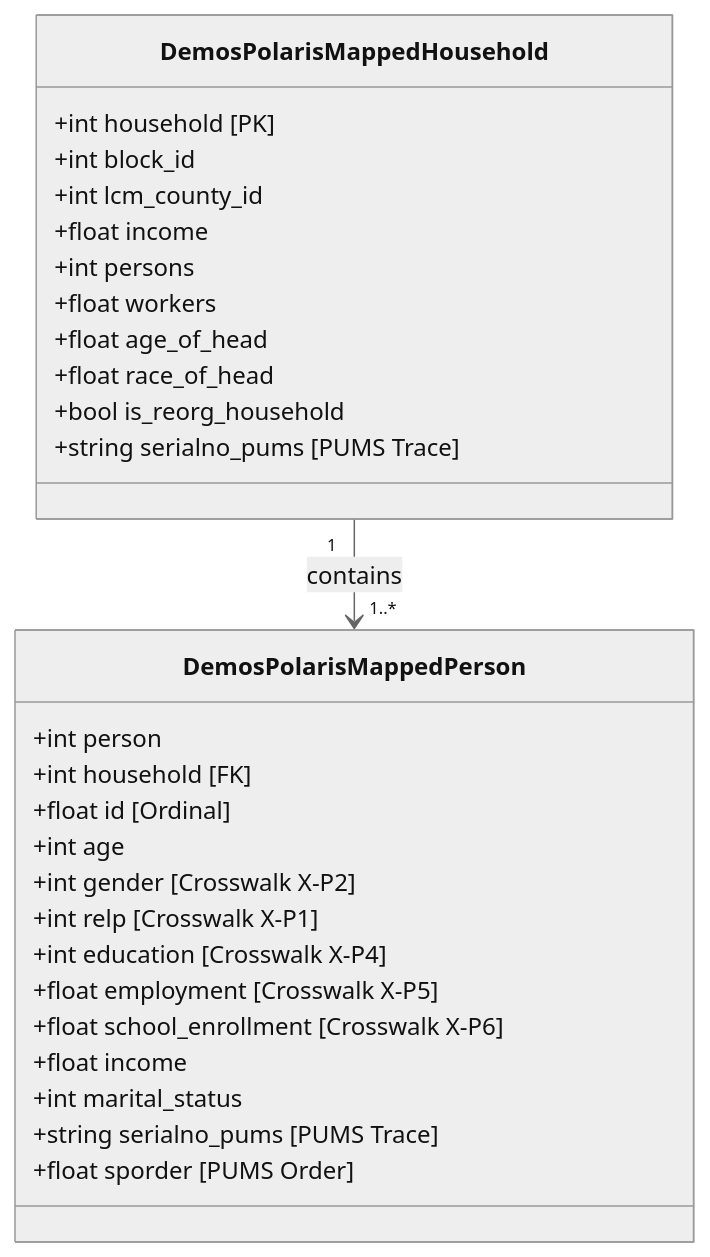
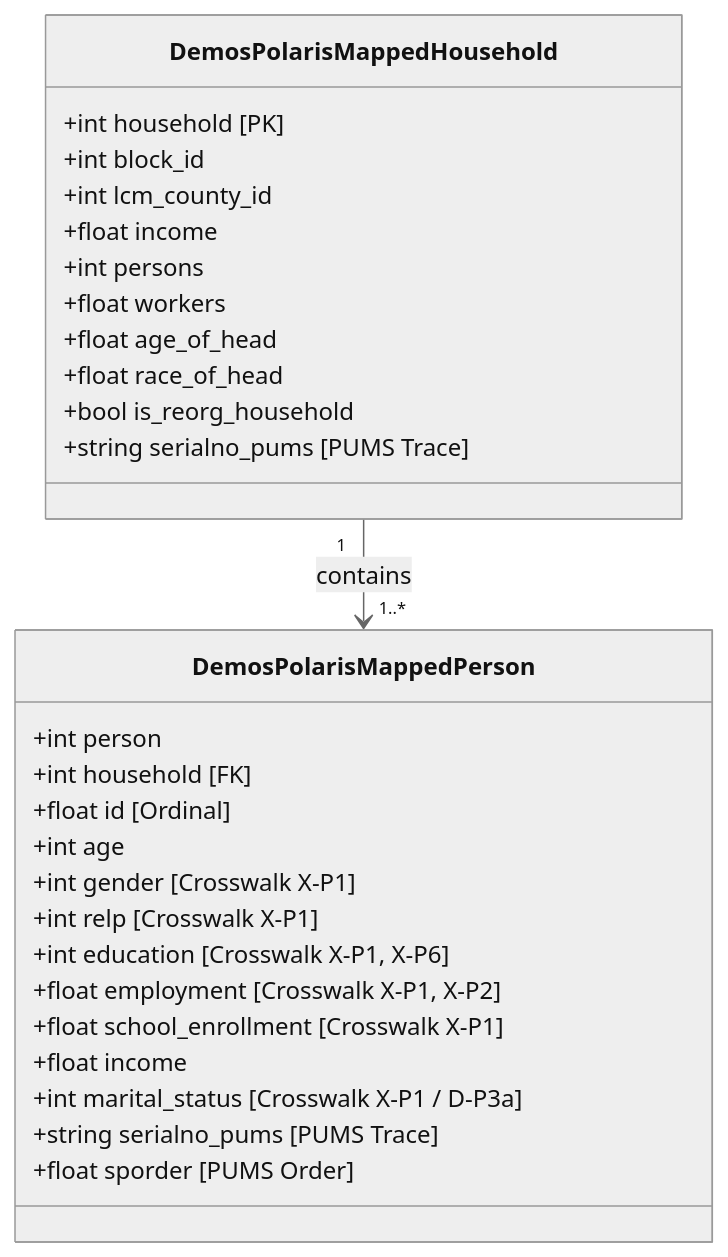
The fifth of 10 diagrams in docs/cross-model-mappings/deliverable_1_uml.md (LBNL-UCB-STI/synergy-schema), drawn with Mermaid (neutral theme) before and after one commit. The commit also changed other lines of this file and 19 other files, not shown here.

Commit message:
fix(deliverable-1): unify 69-column POLARIS schema, fix DEMOS crosswalk IDs, clarify SynthFirm unpivot, and complete export verification

````diff
--- a/docs/cross-model-mappings/deliverable_1_uml.md
+++ b/docs/cross-model-mappings/deliverable_1_uml.md
@@ -302,33 +302,33 @@
 ```mermaid
 classDiagram
     class DemosPolarisMappedHousehold {
         +int household [PK]
         +int block_id
         +int lcm_county_id
         +float income
         +int persons
         +float workers
         +float age_of_head
         +float race_of_head
         +bool is_reorg_household
         +string serialno_pums [PUMS Trace]
     }
     class DemosPolarisMappedPerson {
         +int person
         +int household [FK]
         +float id [Ordinal]
         +int age
-        +int gender [Crosswalk X-P2]
+        +int gender [Crosswalk X-P1]
         +int relp [Crosswalk X-P1]
-        +int education [Crosswalk X-P4]
-        +float employment [Crosswalk X-P5]
-        +float school_enrollment [Crosswalk X-P6]
+        +int education [Crosswalk X-P1, X-P6]
+        +float employment [Crosswalk X-P1, X-P2]
+        +float school_enrollment [Crosswalk X-P1]
         +float income
-        +int marital_status
+        +int marital_status [Crosswalk X-P1 / D-P3a]
         +string serialno_pums [PUMS Trace]
         +float sporder [PUMS Order]
     }
     DemosPolarisMappedHousehold "1" --> "1..*" DemosPolarisMappedPerson : contains
     link DemosPolarisMappedHousehold "../schema/DemosPolarisMappedHousehold/" "View DemosPolarisMappedHousehold LinkML documentation"
     link DemosPolarisMappedPerson "../schema/DemosPolarisMappedPerson/" "View DemosPolarisMappedPerson LinkML documentation"
 ```
````
